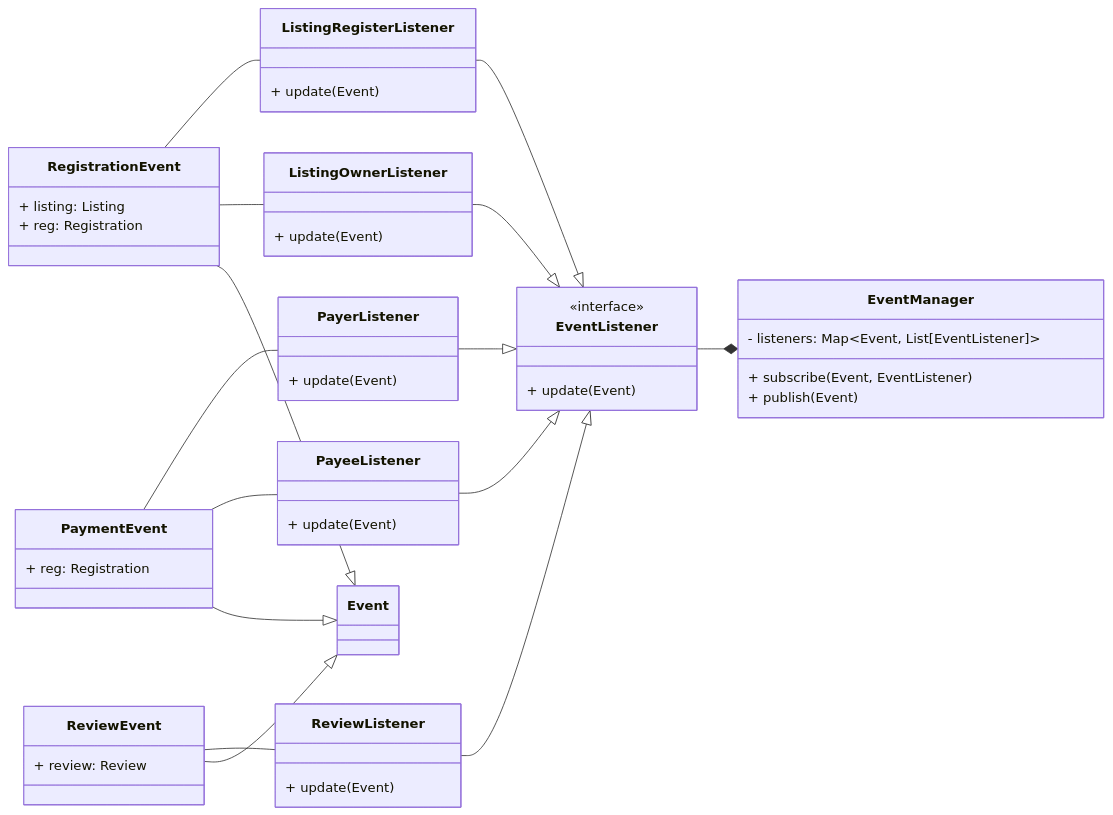
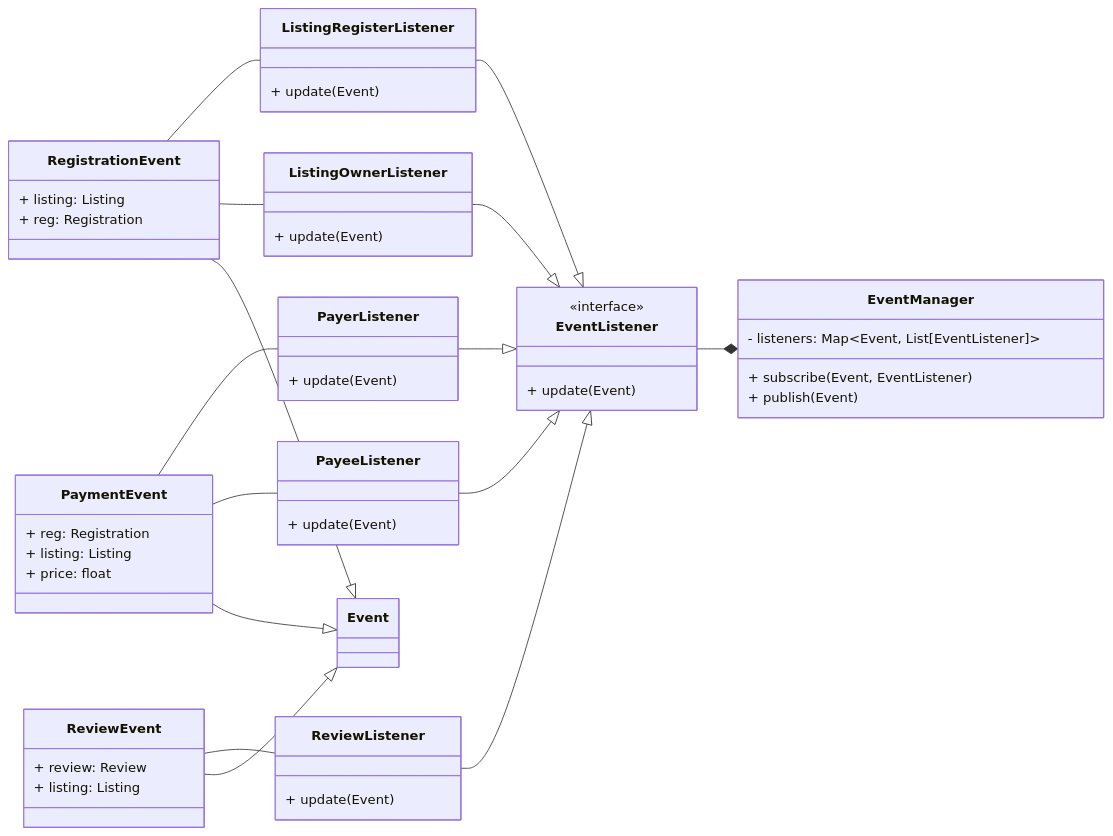
One commit to andyblarblar/DriveShareWeb changed the diagram in docs/UML.md. Above: the diagram before and after it, drawn with Mermaid. The commit also changed other lines of this file and 3 other files, not shown here.

````diff
--- a/docs/UML.md
+++ b/docs/UML.md
@@ -3,65 +3,68 @@
 ```mermaid
 classDiagram
     direction RL
     class Event {
     }
 
     class RegistrationEvent {
         + listing: Listing
         + reg: Registration
     }
 
     class PaymentEvent {
         + reg: Registration
+        + listing: Listing
+        + price: float
     }
 
     class ReviewEvent {
         + review: Review
+        + listing: Listing
     }
 
     class EventManager {
         - listeners: Map~Event, List[EventListener]~
         + subscribe(Event, EventListener)
         + publish(Event)
     }
 
     class EventListener {
         <<interface>>
         + update(Event)
     }
 
     class ListingOwnerListener {
         + update(Event)
     }
 
     class ListingRegisterListener {
         + update(Event)
     }
 
     class PayeeListener {
         + update(Event)
     }
-    
+
     class PayerListener {
         + update(Event)
     }
 
     class ReviewListener {
         + update(Event)
     }
 
     Event <|-- RegistrationEvent
     Event <|-- PaymentEvent
     Event <|-- ReviewEvent
     EventListener <|-- ListingOwnerListener
     EventListener <|-- ListingRegisterListener
     EventListener <|-- PayeeListener
     EventListener <|-- PayerListener
     EventListener <|-- ReviewListener
     ListingOwnerListener -- RegistrationEvent
     ListingRegisterListener -- RegistrationEvent
     PayeeListener -- PaymentEvent
     PayerListener -- PaymentEvent
     ReviewListener -- ReviewEvent
     EventManager *-- EventListener
 ```
````
